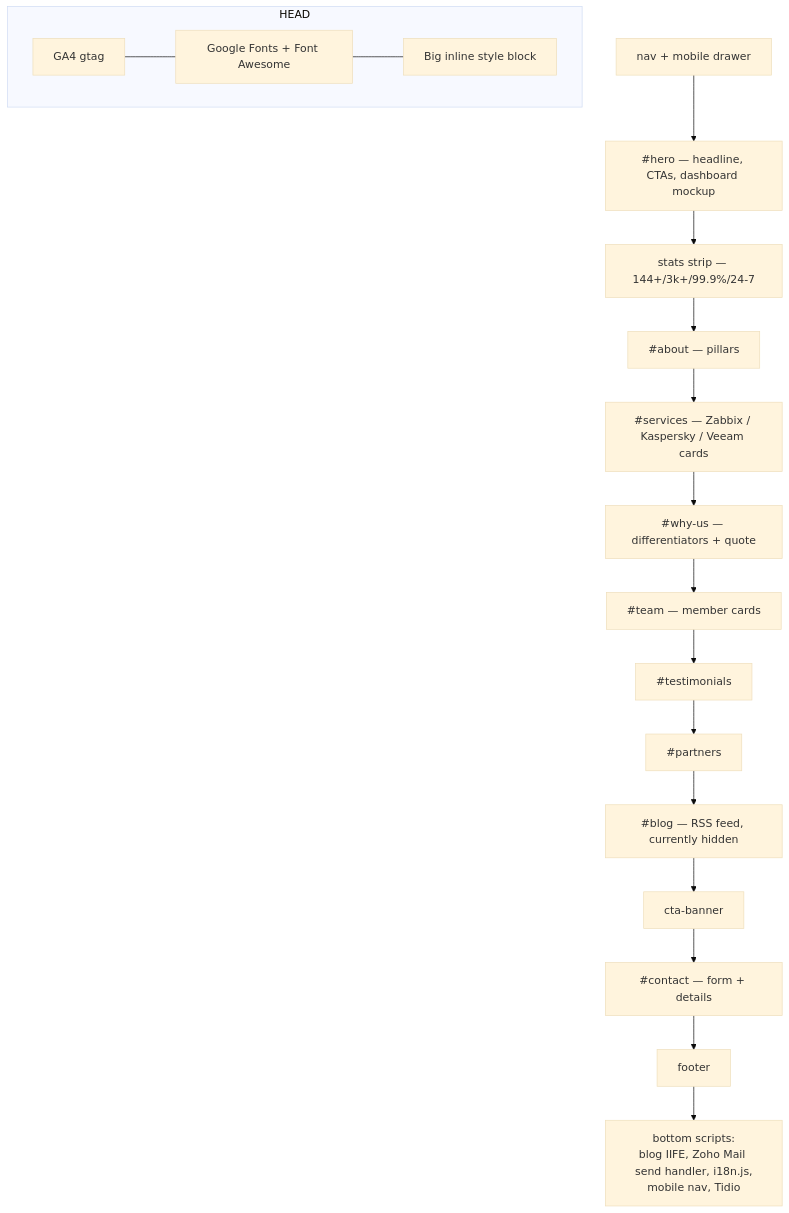
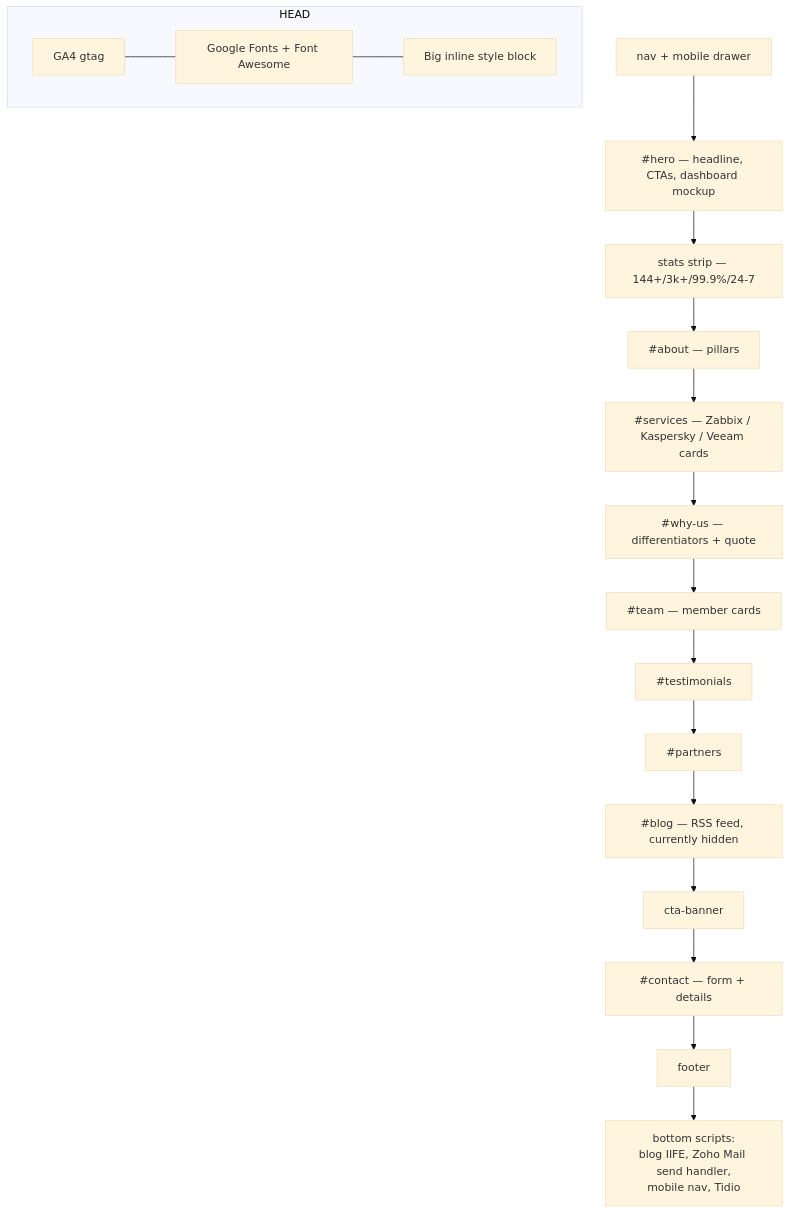
Before and after one commit to glctech/site2.0: the first of 5 diagrams in docs/ARCHITECTURE.md, drawn with Mermaid (base theme). The commit also changed other lines of this file and 28 other files, not shown here.

````diff
--- a/docs/ARCHITECTURE.md
+++ b/docs/ARCHITECTURE.md
@@ -125,19 +122,19 @@
 ```mermaid
 flowchart TD
     subgraph head["HEAD"]
       GA[GA4 gtag] --- FONTS[Google Fonts + Font Awesome] --- CSS["Big inline style block"]
     end
     NAV[nav + mobile drawer] --> HERO[#hero — headline, CTAs, dashboard mockup]
     HERO --> STATS[stats strip — 144+/3k+/99.9%/24-7]
     STATS --> ABOUT[#about — pillars]
     ABOUT --> SERV[#services — Zabbix / Kaspersky / Veeam cards]
     SERV --> WHY[#why-us — differentiators + quote]
     WHY --> TEAM[#team — member cards]
     TEAM --> TESTI[#testimonials]
     TESTI --> PART[#partners]
     PART --> BLOG[#blog — RSS feed, currently hidden]
     BLOG --> CTA[cta-banner]
     CTA --> CONTACT[#contact — form + details]
     CONTACT --> FOOT[footer]
-    FOOT --> SCRIPTS[bottom scripts:<br/>blog IIFE, Zoho Mail send handler, i18n.js,<br/>mobile nav, Tidio]
+    FOOT --> SCRIPTS[bottom scripts:<br/>blog IIFE, Zoho Mail send handler,<br/>mobile nav, Tidio]
 ```
````
